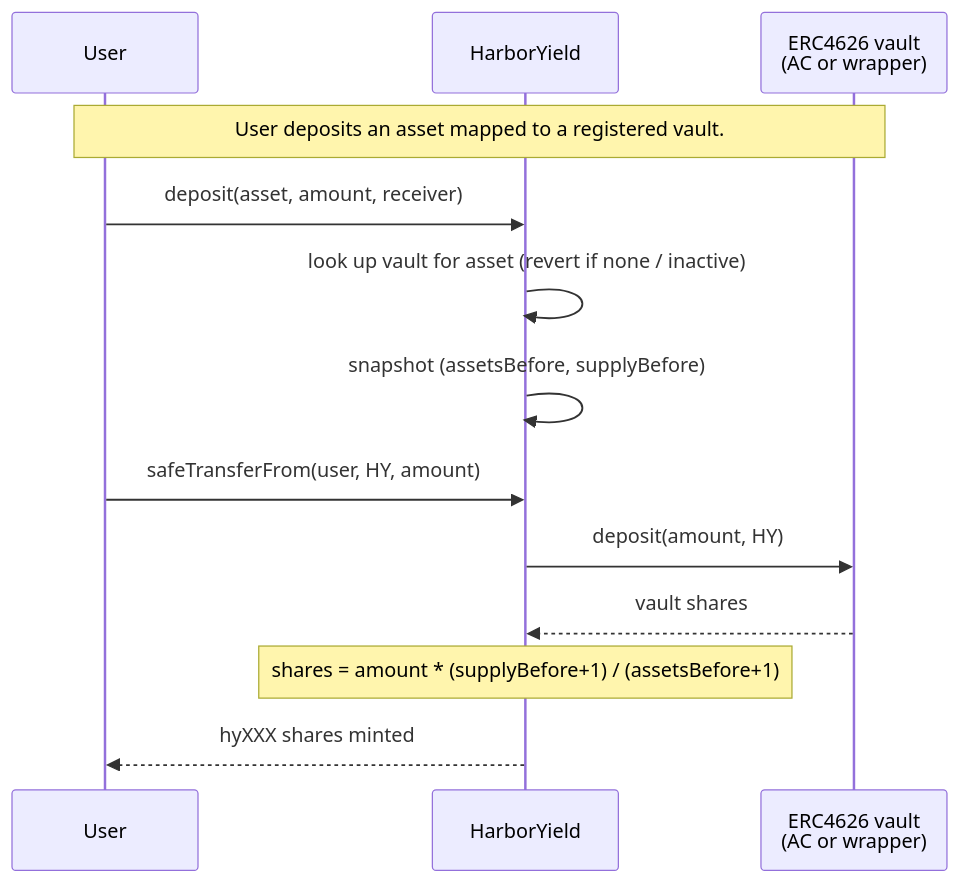
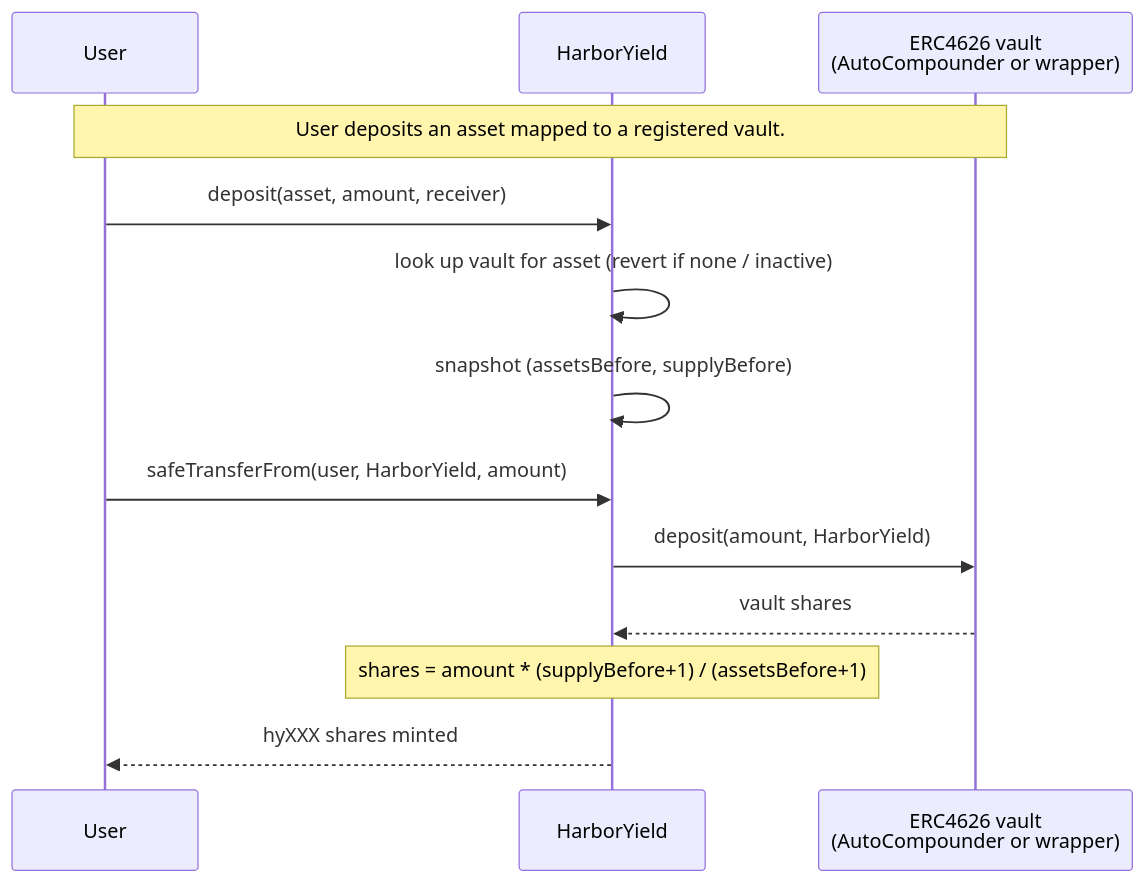
Before and after one commit to baofinance/harbor: the sixth of 9 diagrams in doc/autocompounding-vault-design.md, drawn with Mermaid. The commit also changed other lines of this file and 6 other files, not shown here.

````diff
--- a/doc/autocompounding-vault-design.md
+++ b/doc/autocompounding-vault-design.md
@@ -232,17 +232,17 @@
 ```mermaid
 sequenceDiagram
     participant User
-    participant HY as HarborYield
-    participant Vault as ERC4626 vault<br/>(AC or wrapper)
+    participant HarborYield as HarborYield
+    participant Vault as ERC4626 vault<br/>(AutoCompounder or wrapper)
 
     Note over User,Vault: User deposits an asset mapped to a registered vault.
 
-    User->>HY: deposit(asset, amount, receiver)
-    HY->>HY: look up vault for asset (revert if none / inactive)
-    HY->>HY: snapshot (assetsBefore, supplyBefore)
-    User->>HY: safeTransferFrom(user, HY, amount)
-    HY->>Vault: deposit(amount, HY)
-    Vault-->>HY: vault shares
-    Note over HY: shares = amount * (supplyBefore+1) / (assetsBefore+1)
-    HY-->>User: hyXXX shares minted
+    User->>HarborYield: deposit(asset, amount, receiver)
+    HarborYield->>HarborYield: look up vault for asset (revert if none / inactive)
+    HarborYield->>HarborYield: snapshot (assetsBefore, supplyBefore)
+    User->>HarborYield: safeTransferFrom(user, HarborYield, amount)
+    HarborYield->>Vault: deposit(amount, HarborYield)
+    Vault-->>HarborYield: vault shares
+    Note over HarborYield: shares = amount * (supplyBefore+1) / (assetsBefore+1)
+    HarborYield-->>User: hyXXX shares minted
 ```
````
